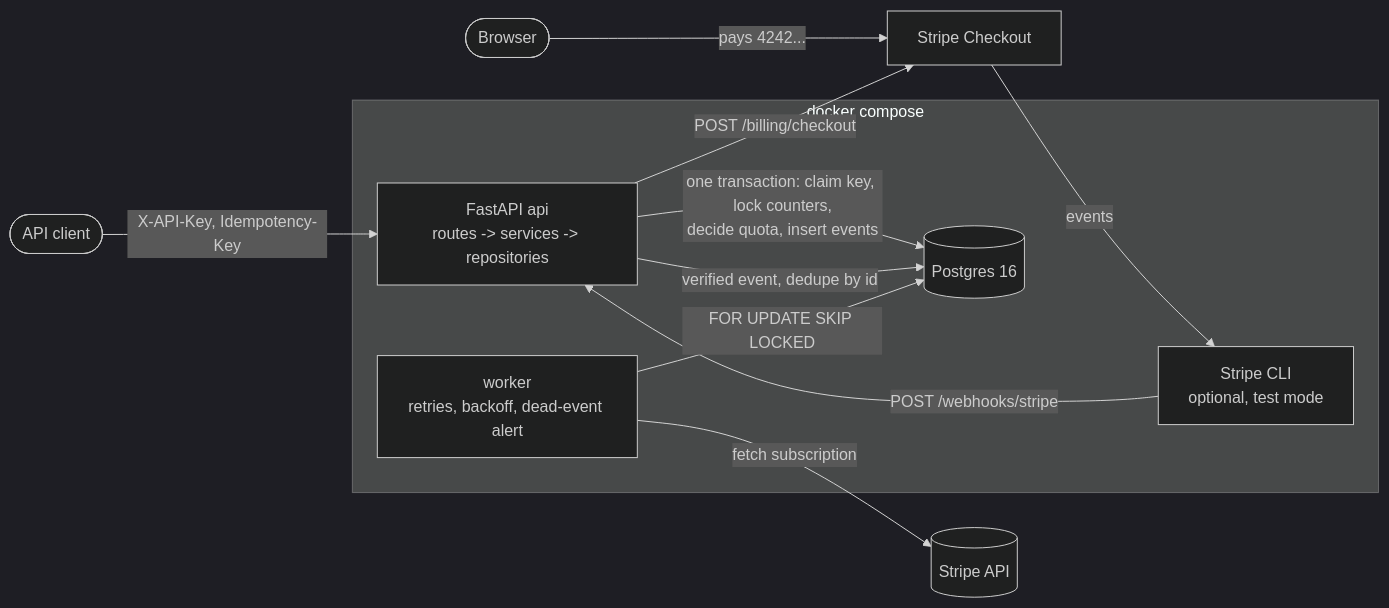
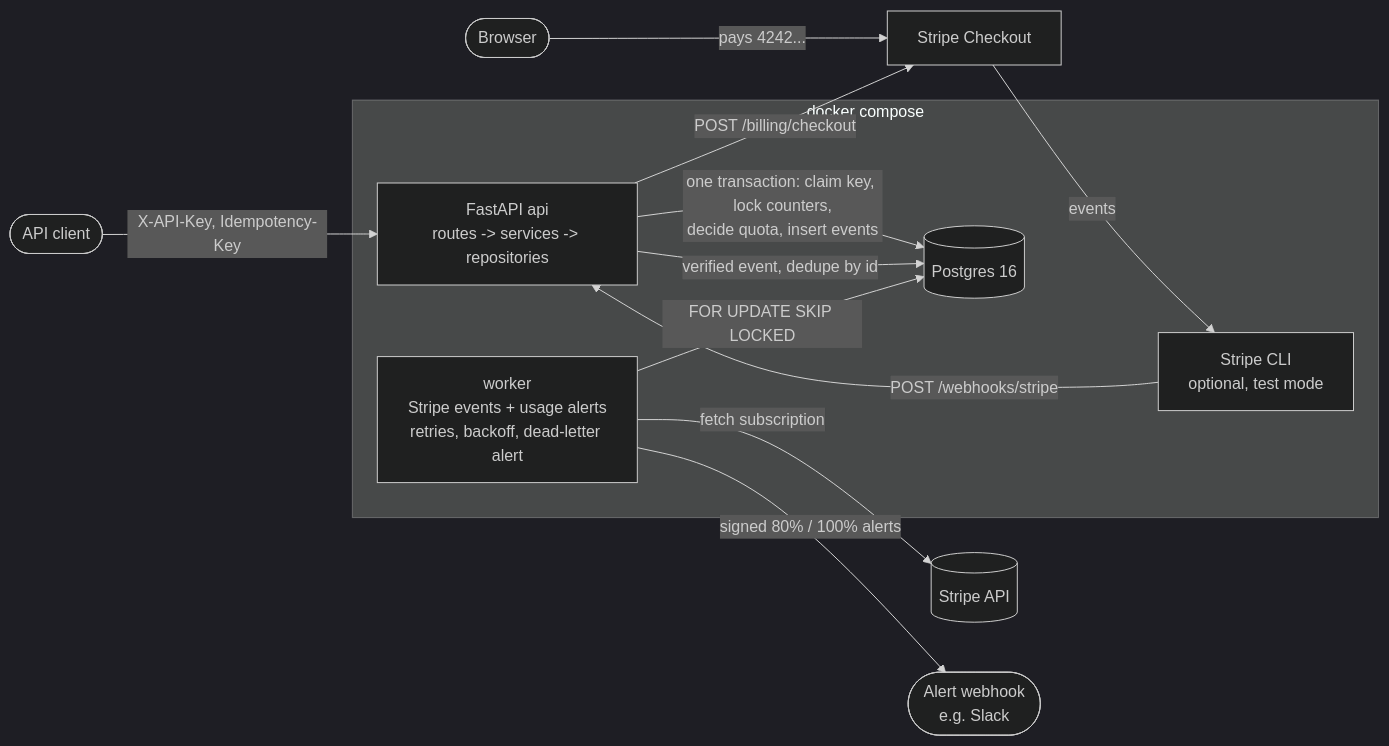
The diagram in README.md (kwibuloy/Flyrank_UsageMetering_Capstone), drawn with Mermaid (dark theme) before and after one commit. The commit also changed other lines of this file and 10 other files, not shown here.

````diff
--- a/README.md
+++ b/README.md
@@ -33,18 +34,19 @@
 ```mermaid
 flowchart LR
     client([API client]) -->|X-API-Key, Idempotency-Key| api
     browser([Browser]) -->|pays 4242...| checkout[Stripe Checkout]
     subgraph compose[docker compose]
         api[FastAPI api<br/>routes -> services -> repositories]
-        worker[worker<br/>retries, backoff, dead-event alert]
+        worker[worker<br/>Stripe events + usage alerts<br/>retries, backoff, dead-letter alert]
         db[(Postgres 16)]
         cli[Stripe CLI<br/>optional, test mode]
     end
     api -->|one transaction: claim key, lock counters,<br/>decide quota, insert events| db
     api -->|POST /billing/checkout| checkout
     checkout -->|events| cli
     cli -->|POST /webhooks/stripe| api
     api -->|verified event, dedupe by id| db
     worker -->|FOR UPDATE SKIP LOCKED| db
     worker -->|fetch subscription| stripe[(Stripe API)]
+    worker -->|signed 80% / 100% alerts| hook([Alert webhook<br/>e.g. Slack])
 ```
````
